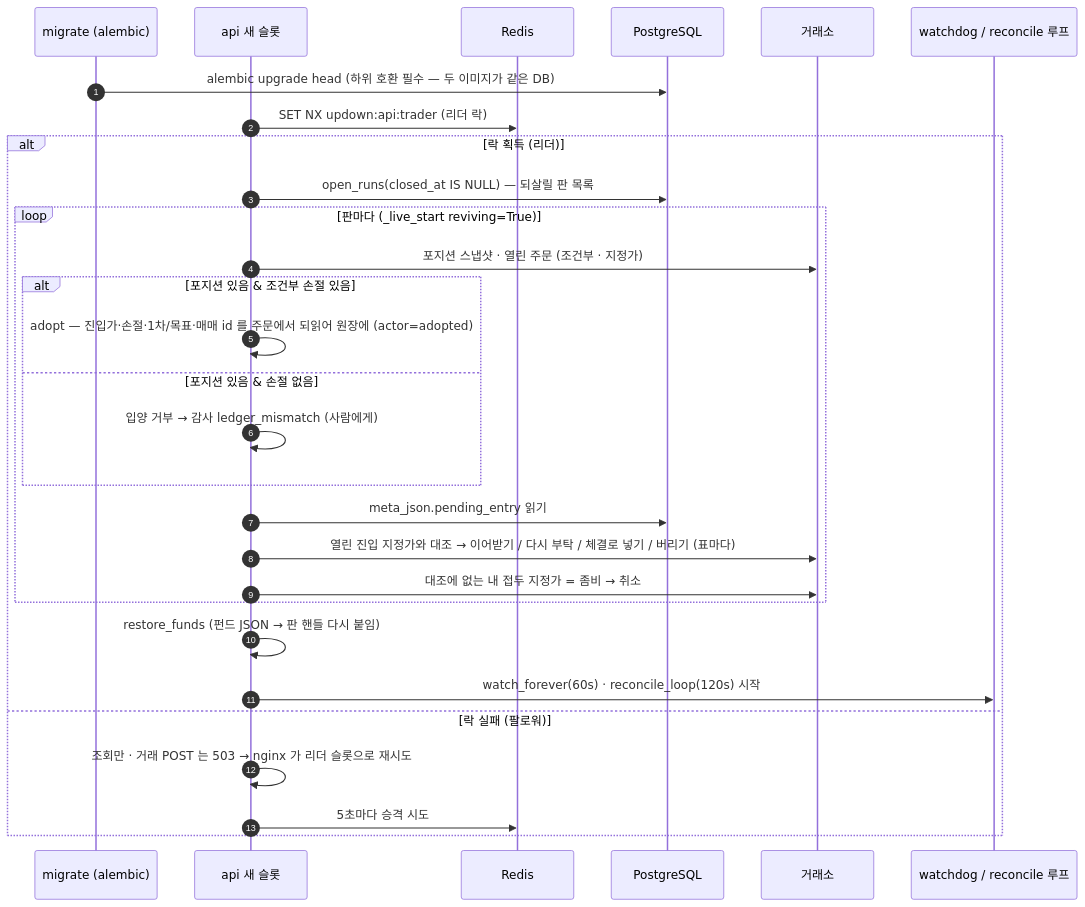
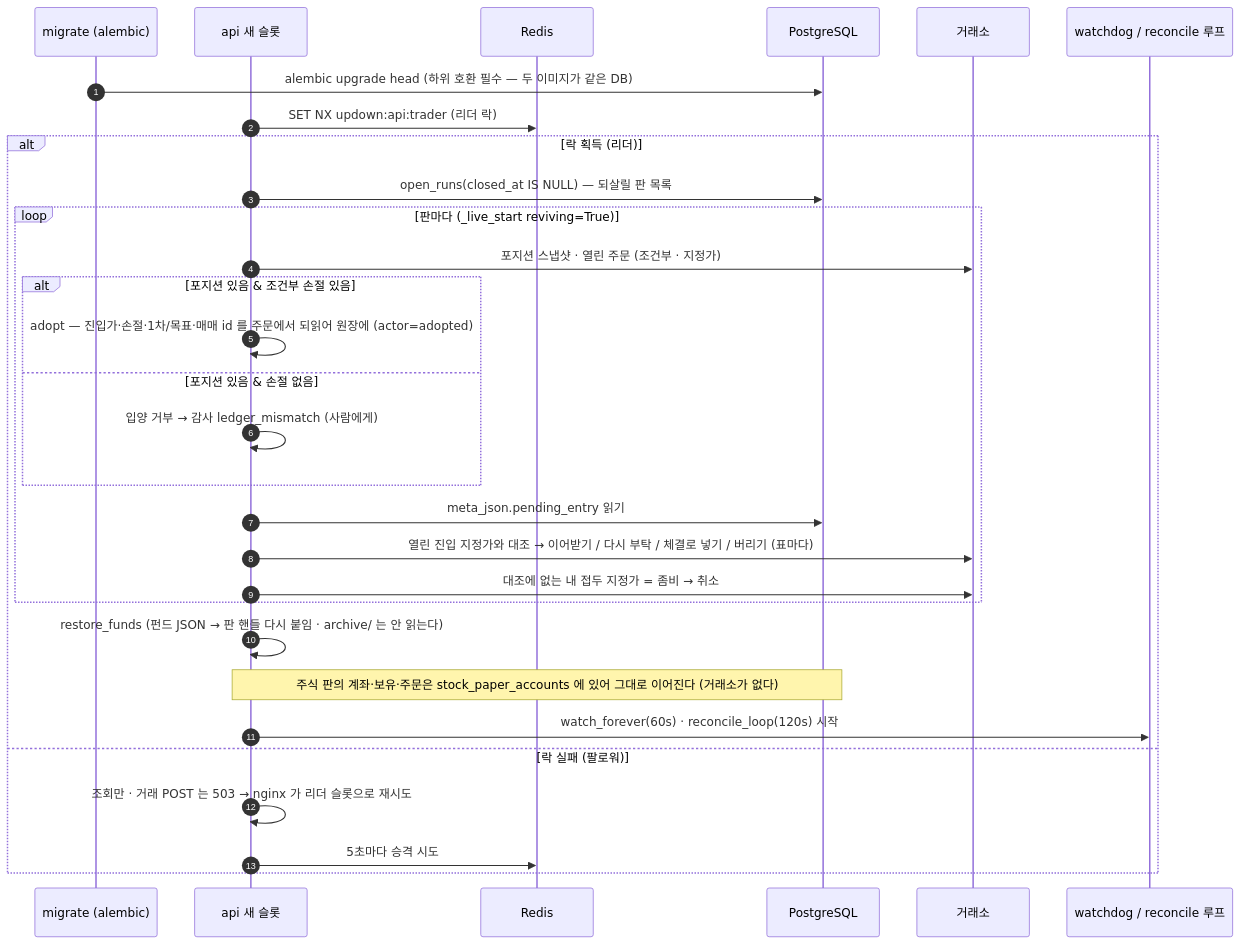
Before and after one commit to ericsj1998/up_and_down_invest_public: the sixth of 14 diagrams in docs/architecture/diagrams.md, drawn with Mermaid. The commit also changed other lines of this file and 2 other files, not shown here.

First line of the commit message:
다이어그램 전면 갱신 — 개념 ERD(주식 페이퍼 계좌 · 재무 사실 · 토큰 · 대화 · 소프트 삭제 열) · 기술 ERD 2.2(36 표 · 이메일 매임 · financial_facts · api_tokens · chat_threads · role/grants) · 시퀀스 3.1(주식 · 달력 · 층 · step_ms) · 3.2 메모 · 새 3.5 AI 채팅 한 턴 · 3.6 바깥 호출 한 층 · 스윔레인 4.1 · 플로우차트 §5 · README 3개 동기화 · 런타임 한 장 그림 · 설계 색인 층 그림 (사용자 요청)

````diff
--- a/docs/architecture/diagrams.md
+++ b/docs/architecture/diagrams.md
@@ -353,32 +431,33 @@
 ```mermaid
 sequenceDiagram
     autonumber
     participant M as migrate (alembic)
     participant A as api 새 슬롯
     participant Rd as Redis
     participant DB as PostgreSQL
     participant X as 거래소
     participant W as watchdog / reconcile 루프
 
     M->>DB: alembic upgrade head (하위 호환 필수 — 두 이미지가 같은 DB)
     A->>Rd: SET NX updown:api:trader (리더 락)
     alt 락 획득 (리더)
         A->>DB: open_runs(closed_at IS NULL) — 되살릴 판 목록
         loop 판마다 (_live_start reviving=True)
             A->>X: 포지션 스냅샷 · 열린 주문 (조건부 · 지정가)
             alt 포지션 있음 & 조건부 손절 있음
                 A->>A: adopt — 진입가·손절·1차/목표·매매 id 를 주문에서 되읽어 원장에 (actor=adopted)
             else 포지션 있음 & 손절 없음
                 A->>A: 입양 거부 → 감사 ledger_mismatch (사람에게)
             end
             A->>DB: meta_json.pending_entry 읽기
             A->>X: 열린 진입 지정가와 대조 → 이어받기 / 다시 부탁 / 체결로 넣기 / 버리기 (표마다)
             A->>X: 대조에 없는 내 접두 지정가 = 좀비 → 취소
         end
-        A->>A: restore_funds (펀드 JSON → 판 핸들 다시 붙임)
+        A->>A: restore_funds (펀드 JSON → 판 핸들 다시 붙임 · archive/ 는 안 읽는다)
+        Note over A,DB: 주식 판의 계좌·보유·주문은 stock_paper_accounts 에 있어 그대로 이어진다 (거래소가 없다)
         A->>W: watch_forever(60s) · reconcile_loop(120s) 시작
     else 락 실패 (팔로워)
         A->>A: 조회만 · 거래 POST 는 503 → nginx 가 리더 슬롯으로 재시도
         A->>Rd: 5초마다 승격 시도
     end
 ```
````
